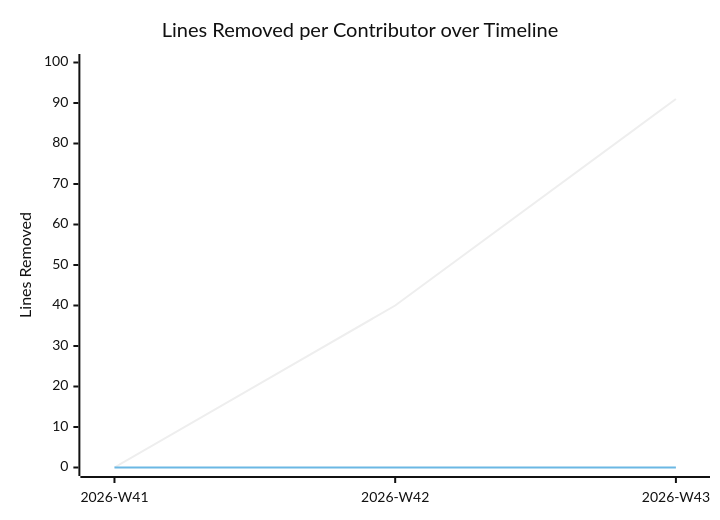
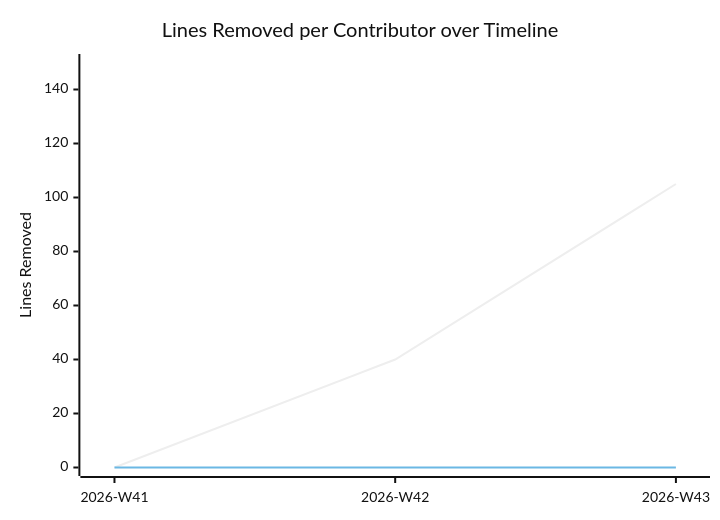
One commit to BeyondMagic/swe-template changed the diagram in documentation/snippets/management/code-deletions.mmd. Above: the diagram before and after it, drawn with Mermaid (neutral theme). The commit also changed 2 other files, not shown here.

```diff
--- a/documentation/snippets/management/code-deletions.mmd
+++ b/documentation/snippets/management/code-deletions.mmd
@@ -1,6 +1,6 @@
 xychart-beta
     title "Lines Removed per Contributor over Timeline"
     x-axis ["2026-W41", "2026-W42", "2026-W43"]
-    y-axis "Lines Removed" 0 --> 100
-    line [0, 40, 91]
+    y-axis "Lines Removed" 0 --> 150
+    line [0, 40, 105]
     line [0, 0, 0]
```
